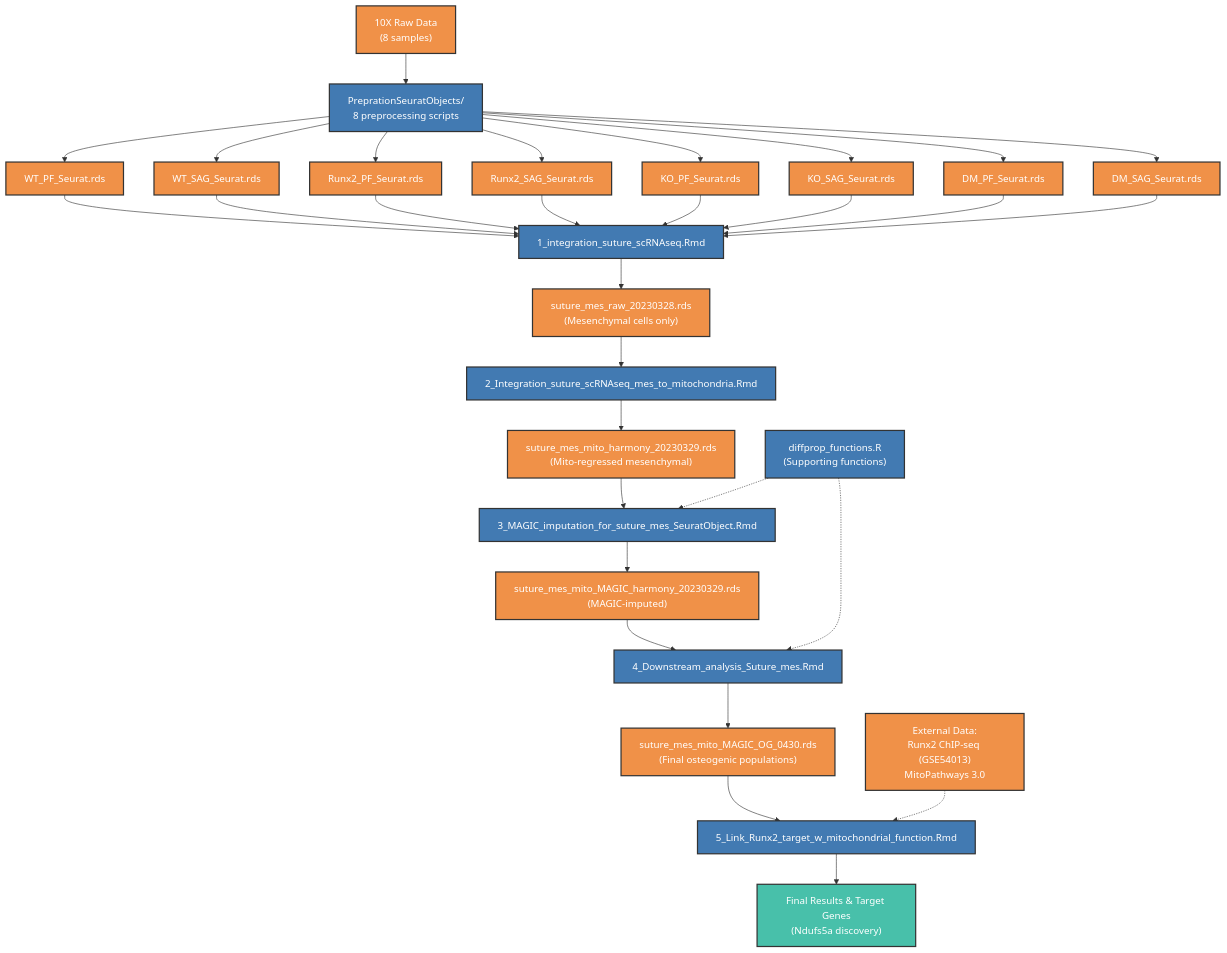
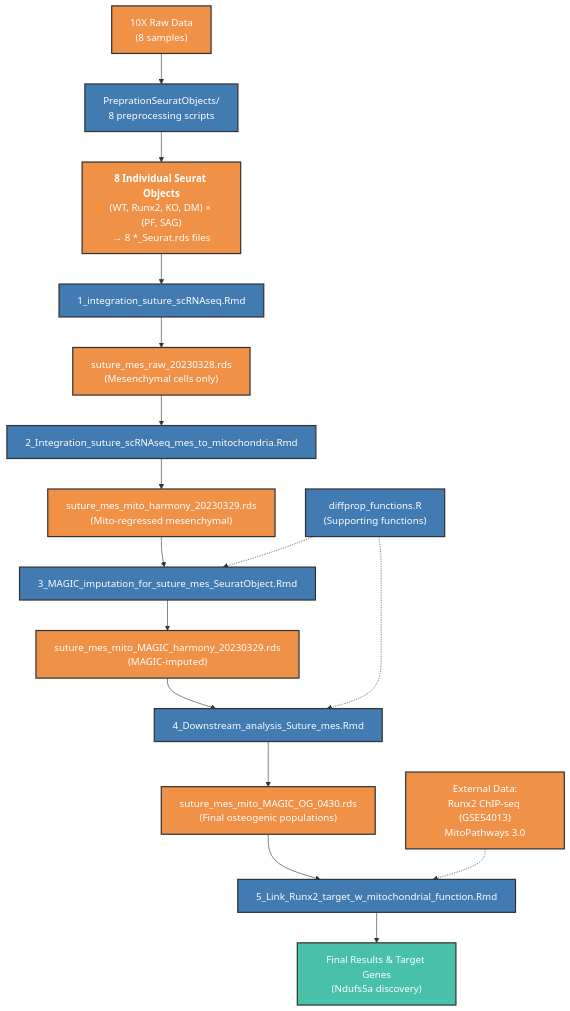
Before and after one commit to Badgerliu/338_suture_paper_code: the diagram in README.md, drawn with Mermaid. The commit also changed other lines of this file and 1 other file, not shown here.

Commit message:
Update documentation files: README.md and scRNASeq workflow

````diff
--- a/README.md
+++ b/README.md
@@ -120,48 +120,34 @@
 ```mermaid
 graph TD
     A["10X Raw Data<br/>(8 samples)"] --> B["PreprationSeuratObjects/<br/>8 preprocessing scripts"]
-    B --> C1["WT_PF_Seurat.rds"]
-    B --> C2["WT_SAG_Seurat.rds"]
-    B --> C3["Runx2_PF_Seurat.rds"]
-    B --> C4["Runx2_SAG_Seurat.rds"]
-    B --> C5["KO_PF_Seurat.rds"]
-    B --> C6["KO_SAG_Seurat.rds"]
-    B --> C7["DM_PF_Seurat.rds"]
-    B --> C8["DM_SAG_Seurat.rds"]
     
-    C1 --> D["1_integration_suture_scRNAseq.Rmd"]
-    C2 --> D
-    C3 --> D
-    C4 --> D
-    C5 --> D
-    C6 --> D
-    C7 --> D
-    C8 --> D
+    B --> C["<b>8 Individual Seurat Objects</b><br/>(WT, Runx2, KO, DM) × (PF, SAG)<br/>→ 8 *_Seurat.rds files"]
     
+    C --> D["1_integration_suture_scRNAseq.Rmd"]
     D --> E["suture_mes_raw_20230328.rds<br/>(Mesenchymal cells only)"]
     
     E --> F["2_Integration_suture_scRNAseq_mes_to_mitochondria.Rmd"]
     F --> G["suture_mes_mito_harmony_20230329.rds<br/>(Mito-regressed mesenchymal)"]
     
     G --> H["3_MAGIC_imputation_for_suture_mes_SeuratObject.Rmd"]
     H --> I["suture_mes_mito_MAGIC_harmony_20230329.rds<br/>(MAGIC-imputed)"]
     
     I --> J["4_Downstream_analysis_Suture_mes.Rmd"]
     J --> K["suture_mes_mito_MAGIC_OG_0430.rds<br/>(Final osteogenic populations)"]
     
     K --> L["5_Link_Runx2_target_w_mitochondrial_function.Rmd"]
     L --> M["Final Results & Target Genes<br/>(Ndufs5a discovery)"]
     
     N["diffprop_functions.R<br/>(Supporting functions)"] -.-> H
     N -.-> J
     
     O["External Data:<br/>Runx2 ChIP-seq (GSE54013)<br/>MitoPathways 3.0"] -.-> L
 
     classDef scriptStyle fill:#427AB2,stroke:#333,stroke-width:2px,color:#fff
     classDef dataStyle fill:#F09148,stroke:#333,stroke-width:2px,color:#fff
     classDef resultStyle fill:#48C0AA,stroke:#333,stroke-width:2px,color:#fff
 
     class B,D,F,H,J,L,N scriptStyle
-    class A,C1,C2,C3,C4,C5,C6,C7,C8,E,G,I,K,O dataStyle
+    class A,C,E,G,I,K,O dataStyle
     class M resultStyle
 ```
````
